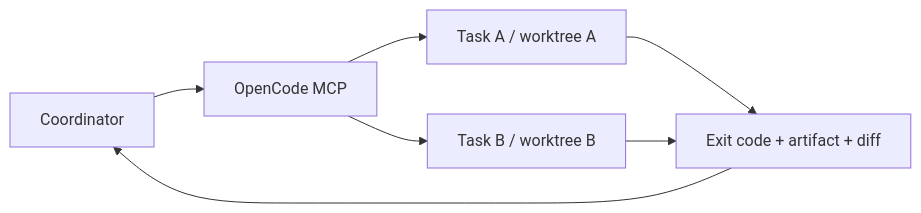
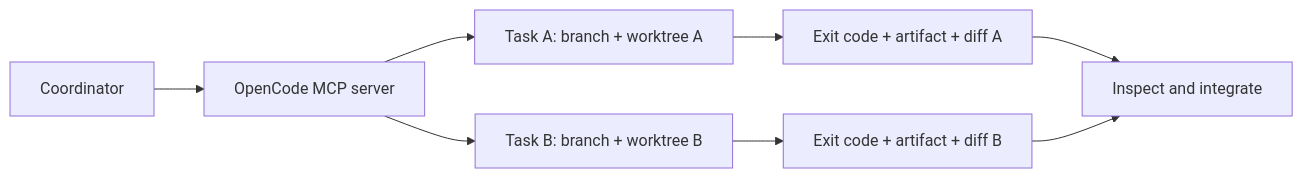
One commit to krotname/OpenCodeSkills changed the diagram in README.md. Above: the diagram before and after it, drawn with Mermaid. The commit also changed other lines of this file and 1 other file, not shown here.

````diff
--- a/README.md
+++ b/README.md
@@ -16,9 +60,10 @@
 ```mermaid
 flowchart LR
-    C[Coordinator] --> M[OpenCode MCP]
-    M --> A[Task A / worktree A]
-    M --> B[Task B / worktree B]
-    A --> R[Exit code + artifact + diff]
-    B --> R
-    R --> C
+    C[Coordinator] --> M[OpenCode MCP server]
+    M --> A[Task A: branch + worktree A]
+    M --> B[Task B: branch + worktree B]
+    A --> RA[Exit code + artifact + diff A]
+    B --> RB[Exit code + artifact + diff B]
+    RA --> V[Inspect and integrate]
+    RB --> V
 ```
````
